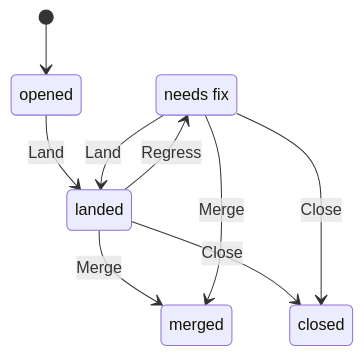
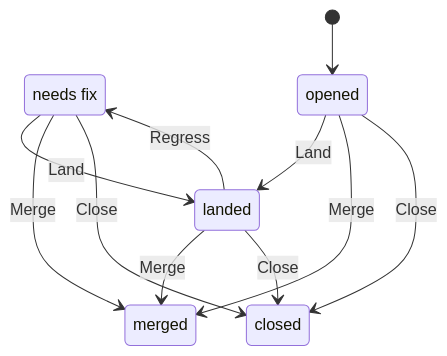
The ninth of 17 diagrams in qa/glossary/glossary.md (heckslabs/hecks), drawn with Mermaid before and after one commit. The commit also changed 3 other files, not shown here.

````diff
--- a/qa/glossary/glossary.md
+++ b/qa/glossary/glossary.md
@@ -566,12 +566,14 @@
 ```mermaid
 stateDiagram-v2
     state "needs fix" as needs_fix
     [*] --> opened
     opened --> landed: Land
     needs_fix --> landed: Land
     landed --> needs_fix: Regress
+    opened --> merged: Merge
     landed --> merged: Merge
     needs_fix --> merged: Merge
+    opened --> closed: Close
     landed --> closed: Close
     needs_fix --> closed: Close
 ```
````
